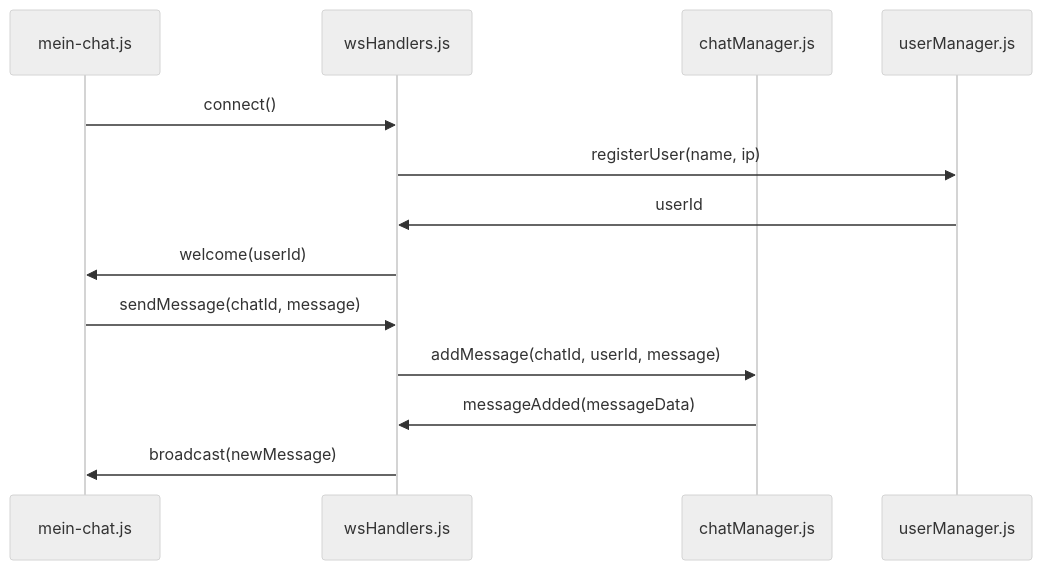
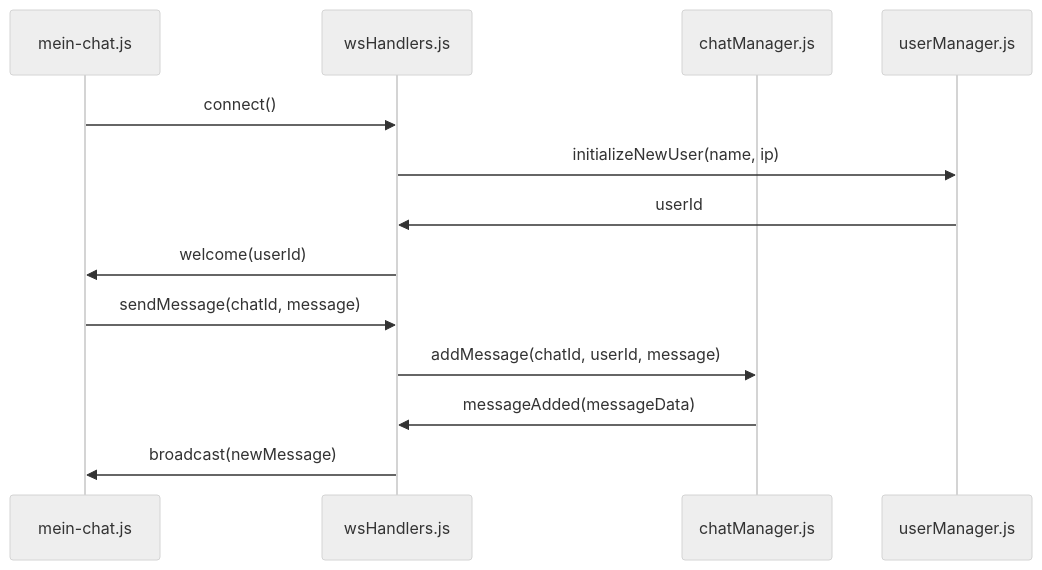
One commit to Verteilte-Systeme-WWII23/Chat changed the first of 5 diagrams in dokumentation_dev.md. Above: the diagram before and after it, drawn with Mermaid (neutral theme). The commit also changed other lines of this file and 1 other file, not shown here.

````diff
--- a/dokumentation_dev.md
+++ b/dokumentation_dev.md
@@ -52,17 +52,17 @@
 ```mermaid
 sequenceDiagram
     participant UI as mein-chat.js
     participant WS as wsHandlers.js
     participant CM as chatManager.js
     participant UM as userManager.js
     
     UI->>WS: connect()
-    WS->>UM: registerUser(name, ip)
+    WS->>UM: initializeNewUser(name, ip)
     UM->>WS: userId
     WS->>UI: welcome(userId)
     
     UI->>WS: sendMessage(chatId, message)
     WS->>CM: addMessage(chatId, userId, message)
     CM->>WS: messageAdded(messageData)
     WS->>UI: broadcast(newMessage)
 ```
````
